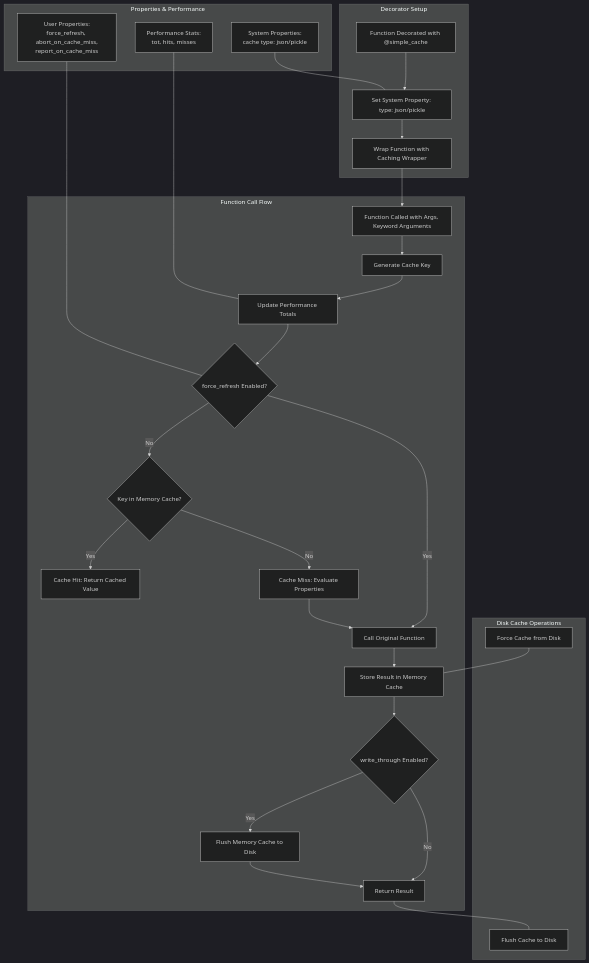
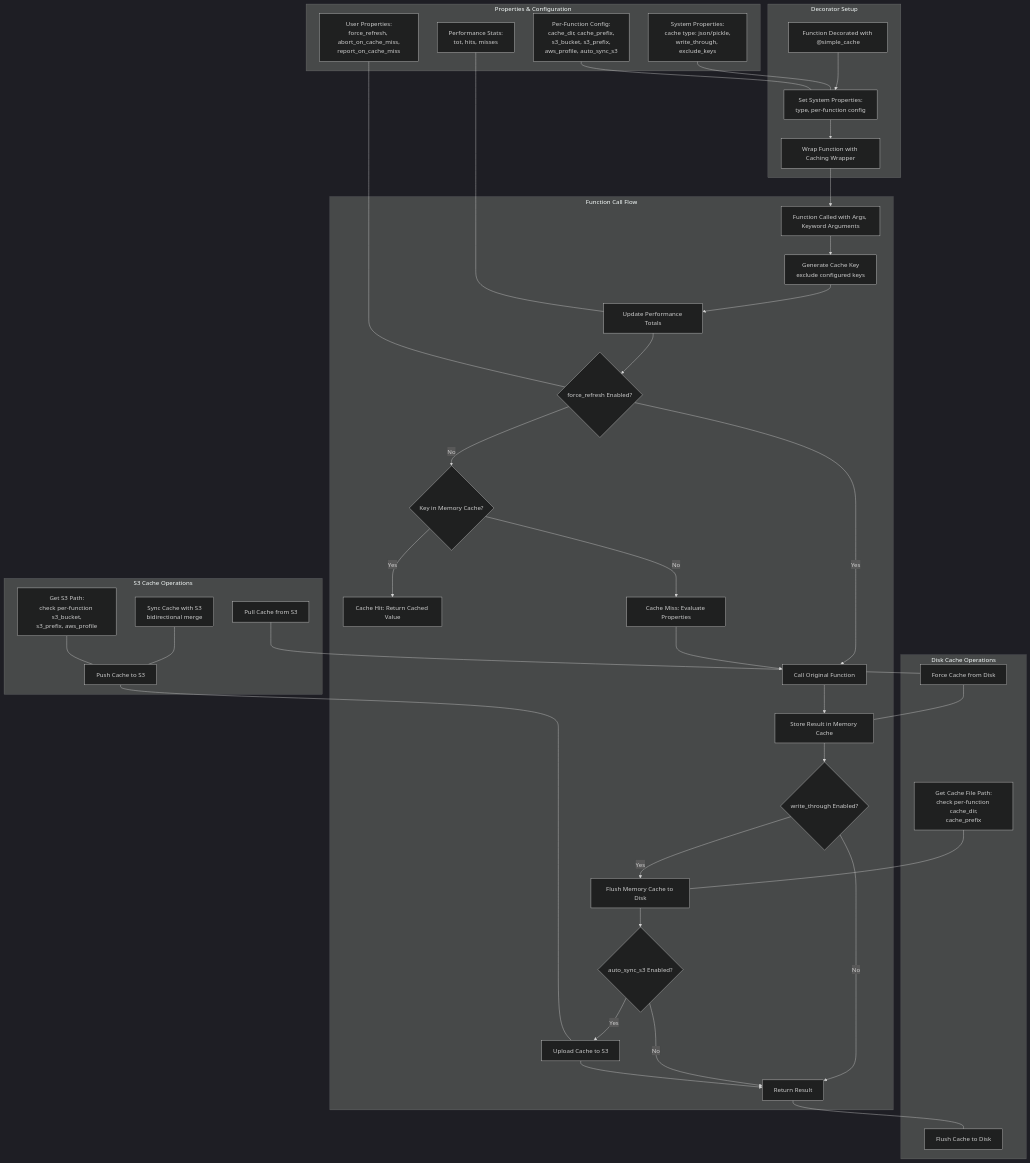
The diagram in docs/tools/helpers/all.hcache_simple.explanation.md (causify-ai/helpers), drawn with Mermaid (dark theme) before and after one commit. The commit also changed other lines of this file and 2 other files, not shown here.

````diff
--- a/docs/tools/helpers/all.hcache_simple.explanation.md
+++ b/docs/tools/helpers/all.hcache_simple.explanation.md
@@ -435,7 +963,7 @@
     %% Decorator Setup %%
     subgraph "Decorator Setup"
         A1[Function Decorated with @simple_cache]
-        A2[Set System Property: type: json/pickle]
+        A2[Set System Properties:<br>type, per-function config]
         A3[Wrap Function with Caching Wrapper]
         A1 --> A2
         A2 --> A3
@@ -444,7 +972,7 @@
     %% Function Call Flow %%
     subgraph "Function Call Flow"
         B1[Function Called with Args, Keyword Arguments]
-        B2[Generate Cache Key]
+        B2[Generate Cache Key<br>exclude configured keys]
         B3[Update Performance Totals]
         B4{force_refresh Enabled?}
         B5{Key in Memory Cache?}
@@ -454,7 +982,9 @@
         B9[Store Result in Memory Cache]
         B10{write_through Enabled?}
         B11[Flush Memory Cache to Disk]
-        B12[Return Result]
+        B12{auto_sync_s3 Enabled?}
+        B13[Upload Cache to S3]
+        B14[Return Result]
 
         A3 --> B1
         B1 --> B2
@@ -468,27 +998,46 @@
         B8 --> B9
         B9 --> B10
         B10 -- Yes --> B11
-        B10 -- No --> B12
+        B10 -- No --> B14
         B11 --> B12
+        B12 -- Yes --> B13
+        B12 -- No --> B14
+        B13 --> B14
     end
 
     %% Disk Cache Operations %%
     subgraph "Disk Cache Operations"
         C1[Flush Cache to Disk]
         C2[Force Cache from Disk]
+        C3[Get Cache File Path:<br>check per-function cache_dir,<br>cache_prefix]
+    end
+
+    %% S3 Cache Operations %%
+    subgraph "S3 Cache Operations"
+        E1[Push Cache to S3]
+        E2[Pull Cache from S3]
+        E3[Sync Cache with S3<br>bidirectional merge]
+        E4[Get S3 Path:<br>check per-function s3_bucket,<br>s3_prefix, aws_profile]
     end
 
     %% Cache Properties & Performance %%
-    subgraph "Properties & Performance"
+    subgraph "Properties & Configuration"
         D1[User Properties:<br>force_refresh, abort_on_cache_miss,<br>report_on_cache_miss]
-        D2[System Properties:<br>cache type: json/pickle]
-        D3[Performance Stats:<br>tot, hits, misses]
+        D2[System Properties:<br>cache type: json/pickle,<br>write_through, exclude_keys]
+        D3[Per-Function Config:<br>cache_dir, cache_prefix,<br>s3_bucket, s3_prefix,<br>aws_profile, auto_sync_s3]
+        D4[Performance Stats:<br>tot, hits, misses]
     end
 
     %% Connections for Reference %%
-    B12 --- C1
+    B14 --- C1
     C2 --- B9
+    C3 --- B11
     D1 --- B4
     D2 --- A2
-    D3 --- B3
+    D3 --- A2
+    D4 --- B3
+    E1 --- B13
+    E2 --- C2
+    E3 --- E1
+    E4 --- E1
 ```
````
